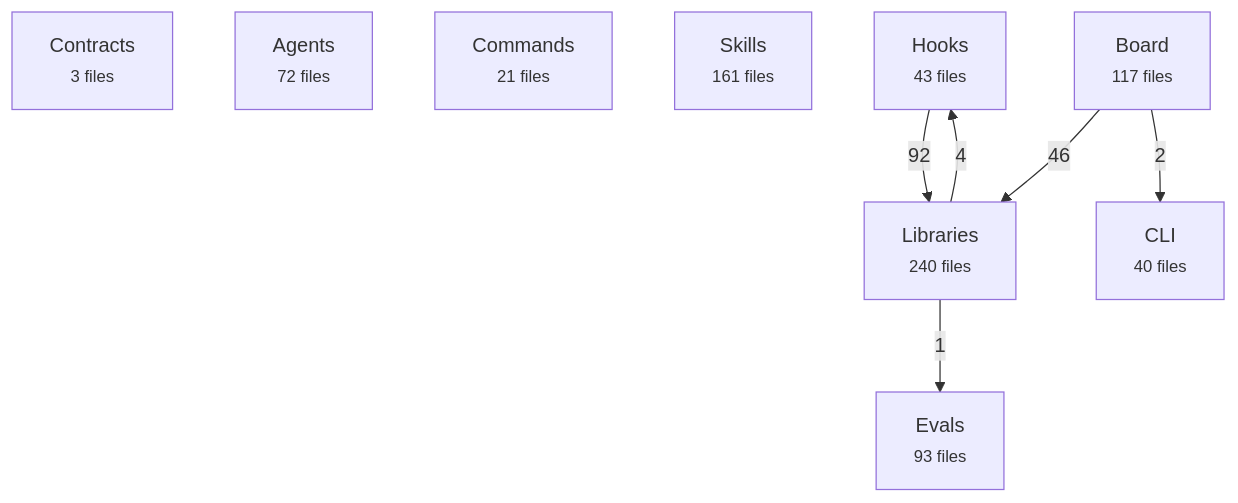
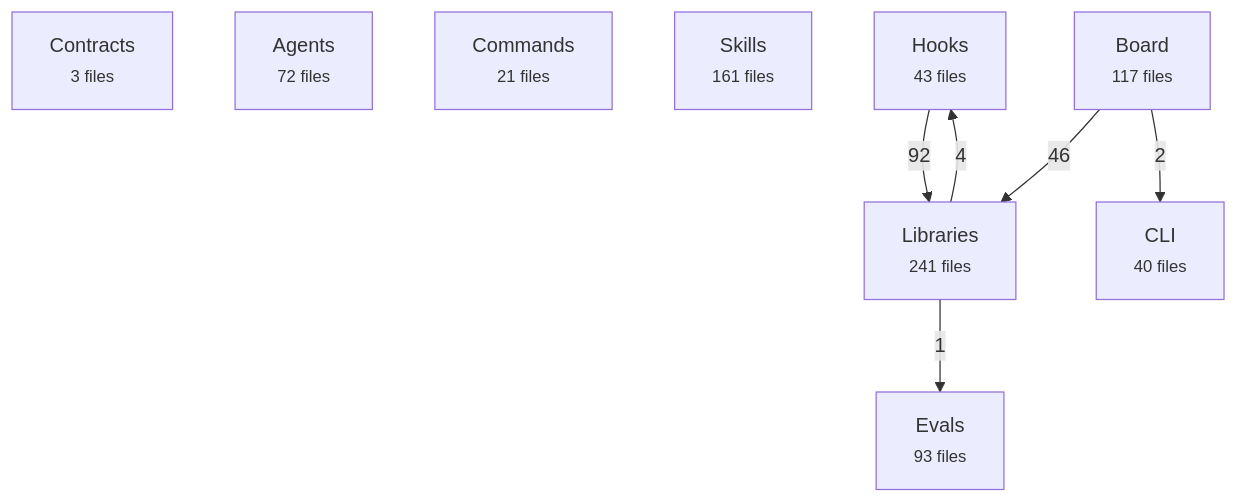
The first of 2 diagrams in docs/reference/architecture-map.md (avelikiy/great_cto), drawn with Mermaid before and after one commit. The commit also changed other lines of this file and 2 other files, not shown here.

````diff
--- a/docs/reference/architecture-map.md
+++ b/docs/reference/architecture-map.md
@@ -20,17 +20,17 @@
 ```mermaid
 flowchart TD
   contracts["Contracts<br/><small>3 files</small>"]
   agents["Agents<br/><small>72 files</small>"]
   commands["Commands<br/><small>21 files</small>"]
   skills["Skills<br/><small>161 files</small>"]
   hooks["Hooks<br/><small>43 files</small>"]
-  libs["Libraries<br/><small>240 files</small>"]
+  libs["Libraries<br/><small>241 files</small>"]
   board["Board<br/><small>117 files</small>"]
   cli["CLI<br/><small>40 files</small>"]
   evals["Evals<br/><small>93 files</small>"]
   hooks -->|92| libs
   board -->|46| libs
   libs -->|4| hooks
   board -->|2| cli
   libs -->|1| evals
 ```
````
